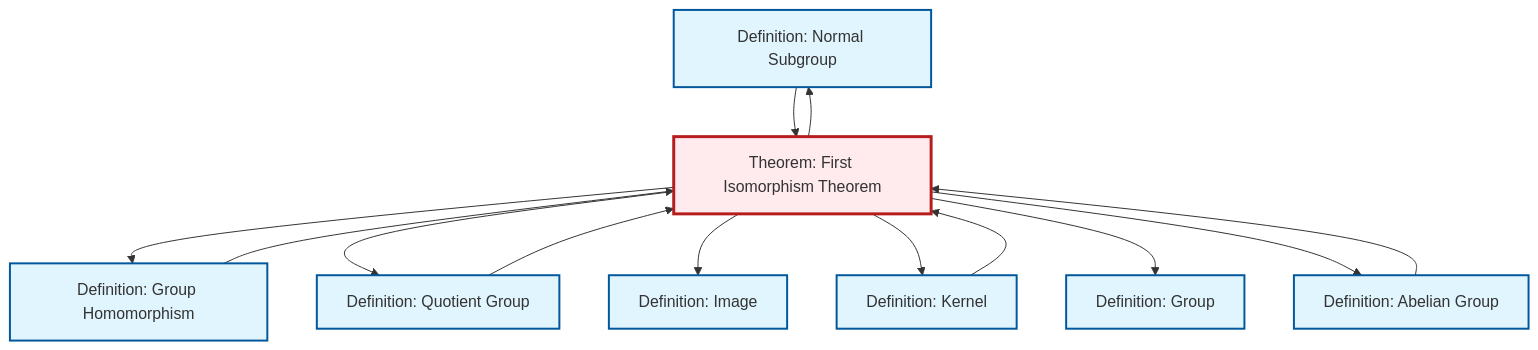
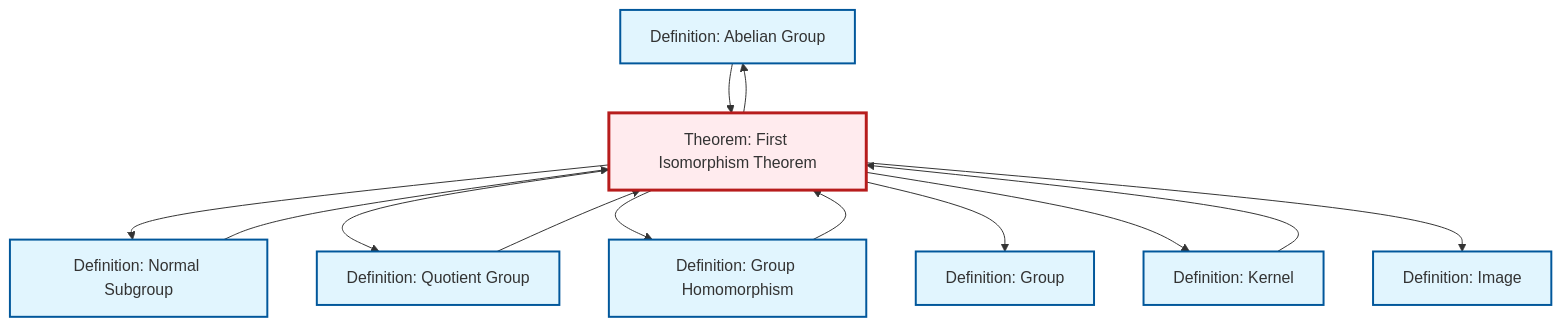
Before and after one commit to RK0429/ModernMath: the diagram in content/ja/algebra/thm-first-isomorphism.qmd, drawn with Mermaid. The commit also changed other lines of this file and 531 other files, not shown here.

````diff
--- a/content/ja/algebra/thm-first-isomorphism.qmd
+++ b/content/ja/algebra/thm-first-isomorphism.qmd
@@ -101,37 +101,37 @@
 ```{mermaid}
 %%| fig-cap: "Local dependency graph"
 graph TD
     classDef definition fill:#e1f5fe,stroke:#01579b,stroke-width:2px
     classDef theorem fill:#f3e5f5,stroke:#4a148c,stroke-width:2px
     classDef axiom fill:#fff3e0,stroke:#e65100,stroke-width:2px
     classDef example fill:#e8f5e9,stroke:#1b5e20,stroke-width:2px
     classDef current fill:#ffebee,stroke:#b71c1c,stroke-width:3px
+    def-abelian-group["Definition: Abelian Group"]:::definition
+    def-quotient-group["Definition: Quotient Group"]:::definition
+    def-image["Definition: Image"]:::definition
+    thm-first-isomorphism["Theorem: First Isomorphism Theorem"]:::theorem
+    def-group["Definition: Group"]:::definition
     def-normal-subgroup["Definition: Normal Subgroup"]:::definition
-    thm-first-isomorphism["Theorem: First Isomorphism Theorem"]:::theorem
     def-kernel["Definition: Kernel"]:::definition
     def-homomorphism["Definition: Group Homomorphism"]:::definition
-    def-quotient-group["Definition: Quotient Group"]:::definition
-    def-image["Definition: Image"]:::definition
-    def-group["Definition: Group"]:::definition
-    def-abelian-group["Definition: Abelian Group"]:::definition
+    def-abelian-group --> thm-first-isomorphism
+    def-homomorphism --> thm-first-isomorphism
     def-normal-subgroup --> thm-first-isomorphism
-    def-abelian-group --> thm-first-isomorphism
+    thm-first-isomorphism --> def-abelian-group
+    thm-first-isomorphism --> def-normal-subgroup
+    def-kernel --> thm-first-isomorphism
+    thm-first-isomorphism --> def-quotient-group
     thm-first-isomorphism --> def-homomorphism
-    thm-first-isomorphism --> def-normal-subgroup
-    thm-first-isomorphism --> def-quotient-group
-    def-homomorphism --> thm-first-isomorphism
+    thm-first-isomorphism --> def-group
+    thm-first-isomorphism --> def-kernel
+    def-quotient-group --> thm-first-isomorphism
     thm-first-isomorphism --> def-image
-    thm-first-isomorphism --> def-kernel
-    thm-first-isomorphism --> def-group
-    def-quotient-group --> thm-first-isomorphism
-    def-kernel --> thm-first-isomorphism
-    thm-first-isomorphism --> def-abelian-group
     class thm-first-isomorphism current
+    click def-abelian-group "def-abelian-group.html" "Definition: Abelian Groupへ"
+    click def-quotient-group "def-quotient-group.html" "Definition: Quotient Groupへ"
+    click def-image "def-image.html" "Definition: Imageへ"
+    click def-group "def-group.html" "Definition: Groupへ"
     click def-normal-subgroup "def-normal-subgroup.html" "Definition: Normal Subgroupへ"
     click def-kernel "def-kernel.html" "Definition: Kernelへ"
     click def-homomorphism "def-homomorphism.html" "Definition: Group Homomorphismへ"
-    click def-quotient-group "def-quotient-group.html" "Definition: Quotient Groupへ"
-    click def-image "def-image.html" "Definition: Imageへ"
-    click def-group "def-group.html" "Definition: Groupへ"
-    click def-abelian-group "def-abelian-group.html" "Definition: Abelian Groupへ"
 ```
````
